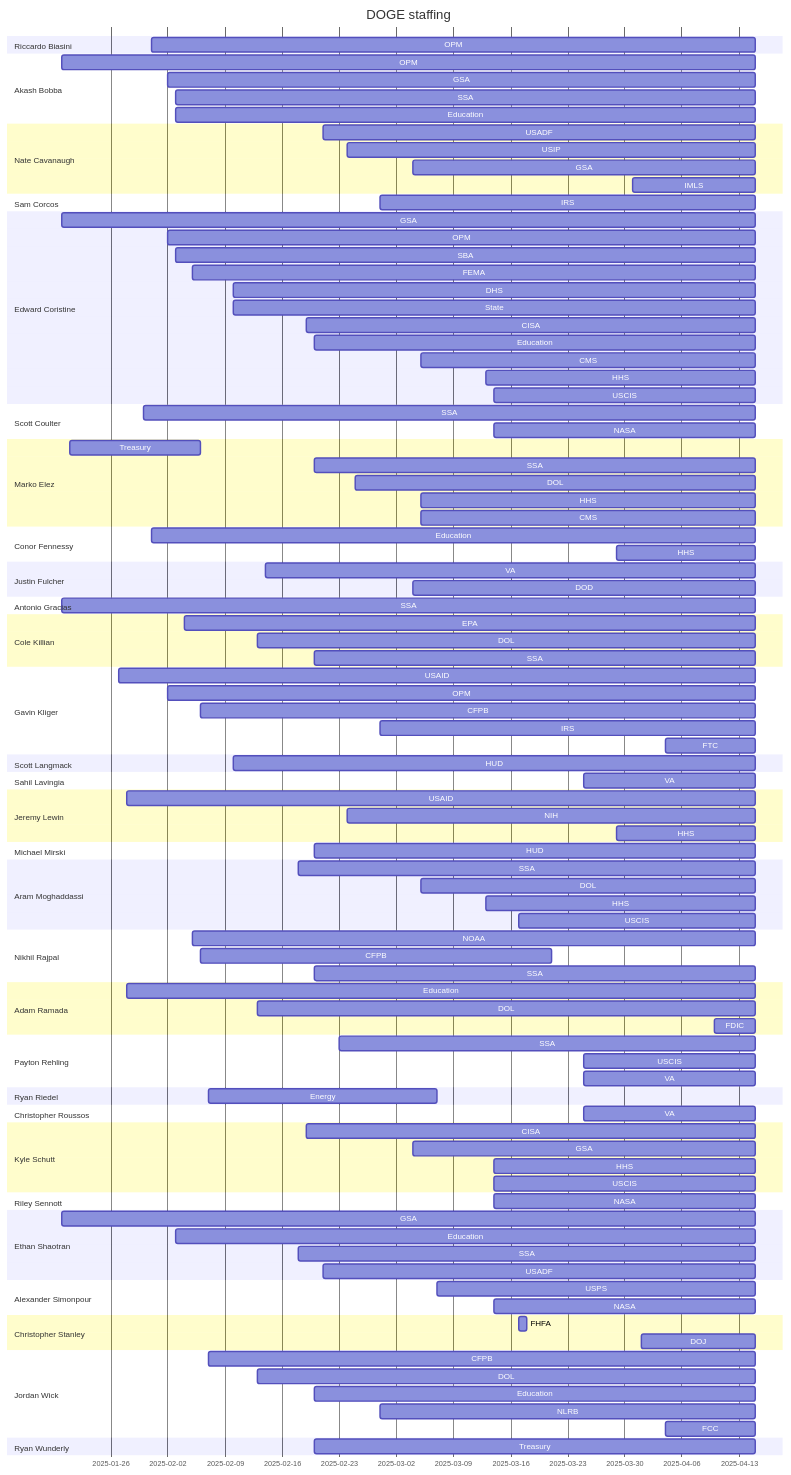
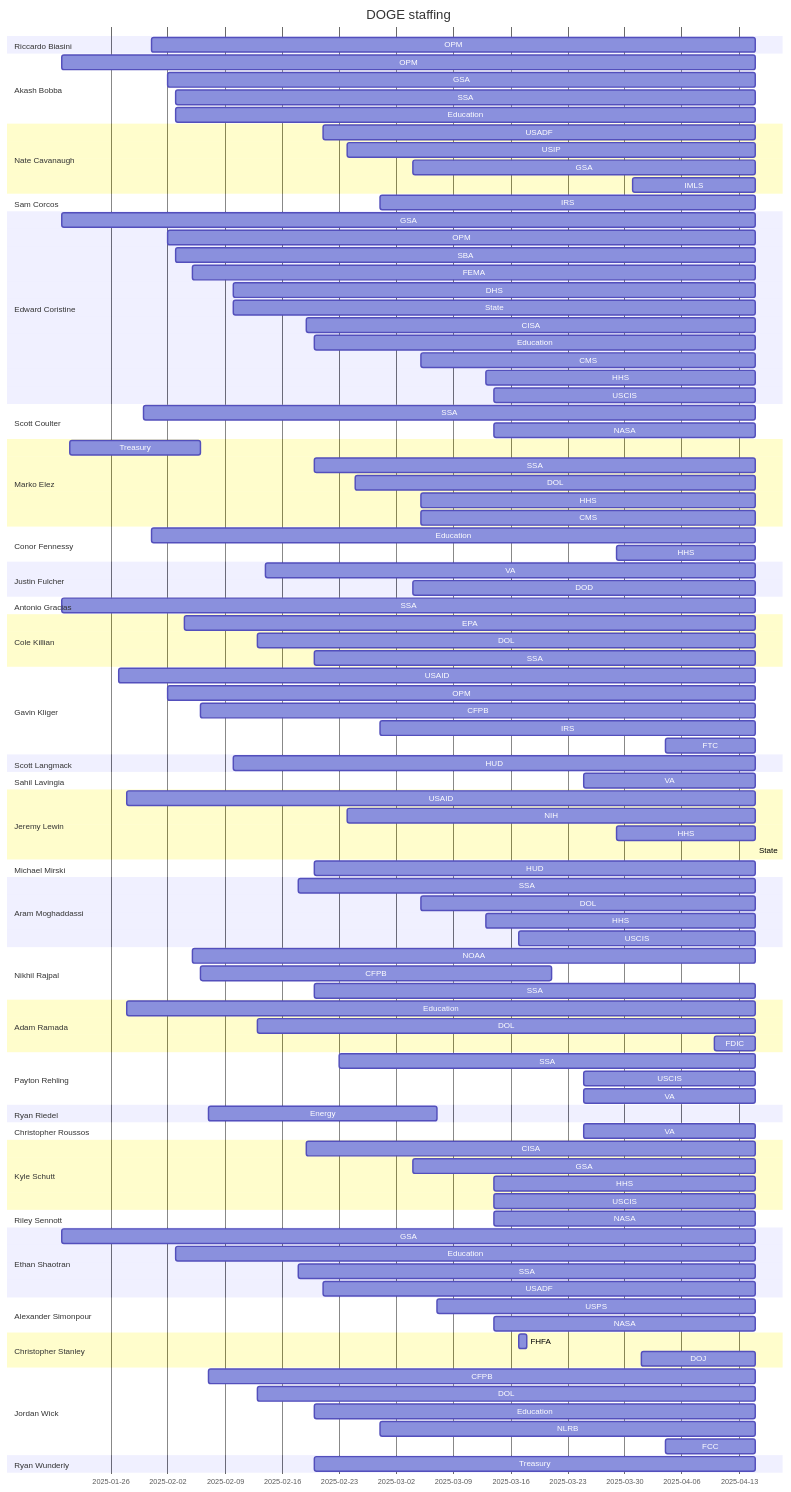
The diagram in it_modernization/staffing_chart.md (harrisj/trump_data), drawn with Mermaid before and after one commit. The commit also changed 7 other files, not shown here.

```diff
--- a/it_modernization/staffing_chart.md
+++ b/it_modernization/staffing_chart.md
@@ -64,6 +64,7 @@
         USAID : 2025-01-28, 2025-04-15
         NIH : 2025-02-24, 2025-04-15
         HHS : 2025-03-29, 2025-04-15
+        State : 2025-04-15, 2025-04-15
     section Michael Mirski
         HUD : 2025-02-20, 2025-04-15
     section Aram Moghaddassi
```
